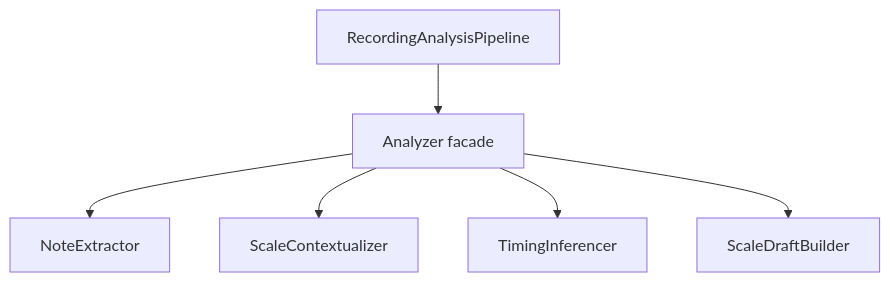
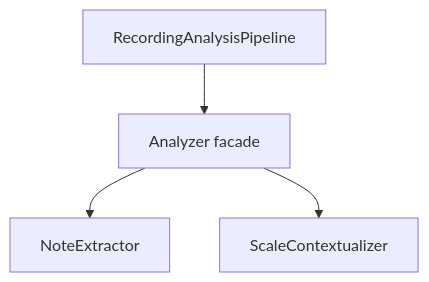
One commit to robertdyr/skales-v1 changed the fifth of 6 diagrams in docs/architecture/analyzer.md. Above: the diagram before and after it, drawn with Mermaid. The commit also changed other lines of this file and 34 other files, not shown here.

````diff
--- a/docs/architecture/analyzer.md
+++ b/docs/architecture/analyzer.md
@@ -146,8 +131,6 @@
 ```mermaid
 flowchart TD
     Pipeline["RecordingAnalysisPipeline"] --> Facade["Analyzer facade"]
     Facade --> NoteExtractor["NoteExtractor"]
     Facade --> Contextualizer2["ScaleContextualizer"]
-    Facade --> TimingInferencer["TimingInferencer"]
-    Facade --> DraftBuilder2["ScaleDraftBuilder"]
 ```
````
